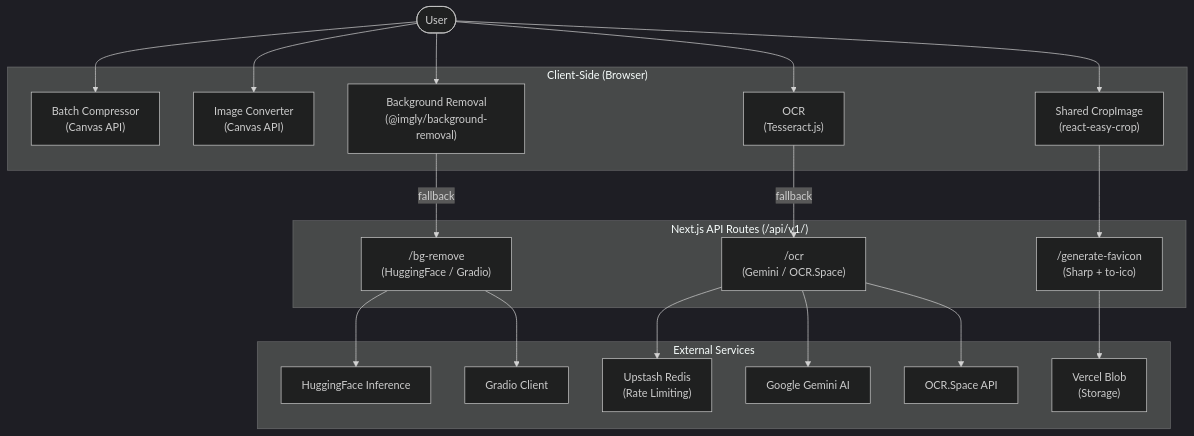
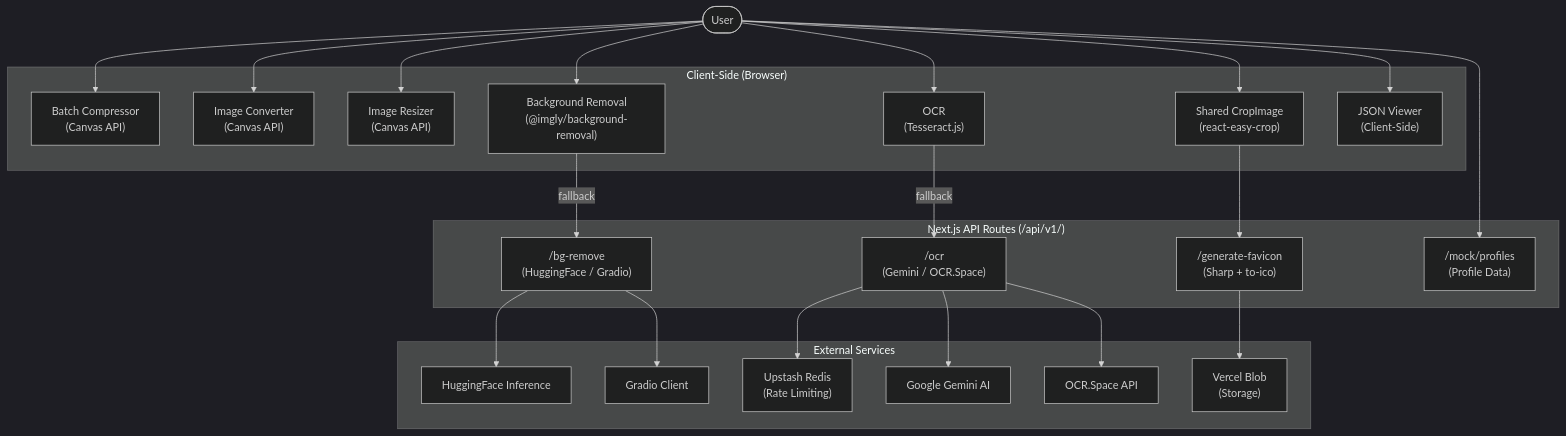
The diagram in README.md (ByteCrister/quantipixor), drawn with Mermaid (dark theme) before and after one commit. The commit also changed other lines of this file, not shown here.

Commit message:
Enhance README.md: Expand feature suite to include image resizing and mock tools, update descriptions, and improve overall clarity and structure.

````diff
--- a/README.md
+++ b/README.md
@@ -130,44 +157,50 @@
-```mermaid  
-flowchart TD  
-    User(["User"])  
-  
-    subgraph "Client-Side (Browser)"  
-        Compress["Batch Compressor\n(Canvas API)"]  
-        Convert["Image Converter\n(Canvas API)"]  
-        RMBG_Client["Background Removal\n(@imgly/background-removal)"]  
-        OCR_Client["OCR\n(Tesseract.js)"]  
-        Crop["Shared CropImage\n(react-easy-crop)"]  
-    end  
-  
-    subgraph "Next.js API Routes (/api/v1/)"  
-        OCR_API["/ocr\n(Gemini / OCR.Space)"]  
-        RMBG_API["/bg-remove\n(HuggingFace / Gradio)"]  
-        Favicon_API["/generate-favicon\n(Sharp + to-ico)"]  
-    end  
-  
-    subgraph "External Services"  
-        Gemini["Google Gemini AI"]  
-        OCRSpace["OCR.Space API"]  
-        HF["HuggingFace Inference"]  
-        Gradio["Gradio Client"]  
-        Redis["Upstash Redis\n(Rate Limiting)"]  
-        Blob["Vercel Blob\n(Storage)"]  
-    end  
-  
-    User --> Compress  
-    User --> Convert  
-    User --> RMBG_Client  
-    User --> OCR_Client  
-    User --> Crop  
-  
-    OCR_Client -->|"fallback"| OCR_API  
-    RMBG_Client -->|"fallback"| RMBG_API  
-    Crop --> Favicon_API  
-  
-    OCR_API --> Redis  
-    OCR_API --> Gemini  
-    OCR_API --> OCRSpace  
-    RMBG_API --> HF  
-    RMBG_API --> Gradio  
-    Favicon_API --> Blob  
-```  
+```mermaid
+flowchart TD
+    User(["User"])
+
+    subgraph "Client-Side (Browser)"
+        Compress["Batch Compressor\n(Canvas API)"]
+        Convert["Image Converter\n(Canvas API)"]
+        Resize["Image Resizer\n(Canvas API)"]
+        RMBG_Client["Background Removal\n(@imgly/background-removal)"]
+        OCR_Client["OCR\n(Tesseract.js)"]
+        Crop["Shared CropImage\n(react-easy-crop)"]
+        JsonViewer["JSON Viewer\n(Client-Side)"]
+    end
+
+    subgraph "Next.js API Routes (/api/v1/)"
+        OCR_API["/ocr\n(Gemini / OCR.Space)"]
+        RMBG_API["/bg-remove\n(HuggingFace / Gradio)"]
+        Favicon_API["/generate-favicon\n(Sharp + to-ico)"]
+        Mock_API["/mock/profiles\n(Profile Data)"]
+    end
+
+    subgraph "External Services"
+        Gemini["Google Gemini AI"]
+        OCRSpace["OCR.Space API"]
+        HF["HuggingFace Inference"]
+        Gradio["Gradio Client"]
+        Redis["Upstash Redis\n(Rate Limiting)"]
+        Blob["Vercel Blob\n(Storage)"]
+    end
+
+    User --> Compress
+    User --> Convert
+    User --> Resize
+    User --> RMBG_Client
+    User --> OCR_Client
+    User --> Crop
+    User --> JsonViewer
+    User --> Mock_API
+
+    OCR_Client -->|"fallback"| OCR_API
+    RMBG_Client -->|"fallback"| RMBG_API
+    Crop --> Favicon_API
+
+    OCR_API --> Redis
+    OCR_API --> Gemini
+    OCR_API --> OCRSpace
+    RMBG_API --> HF
+    RMBG_API --> Gradio
+    Favicon_API --> Blob
+```
````
